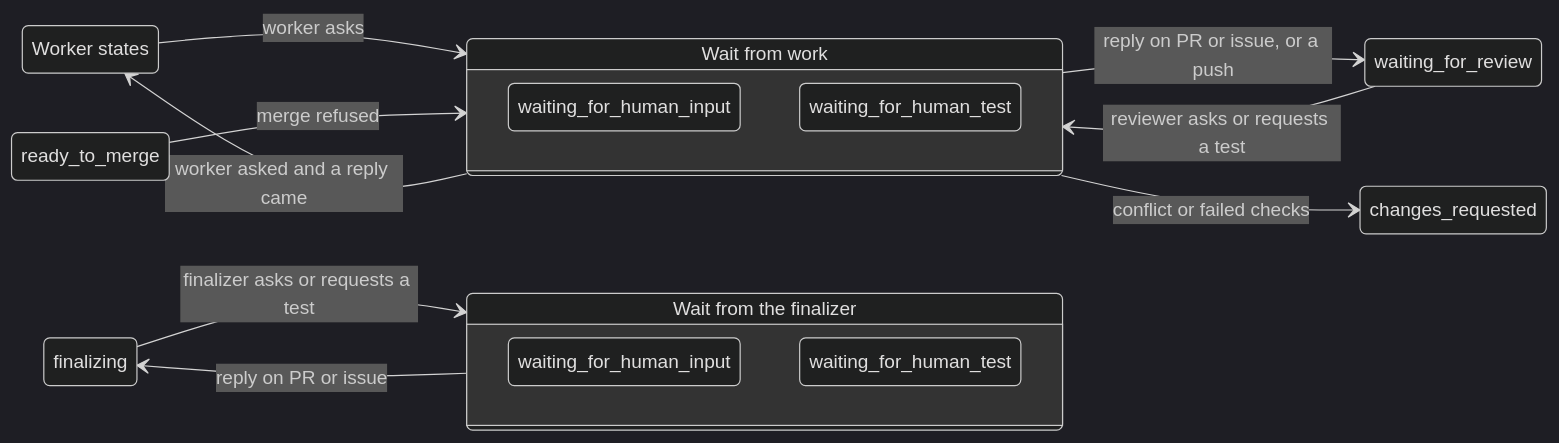
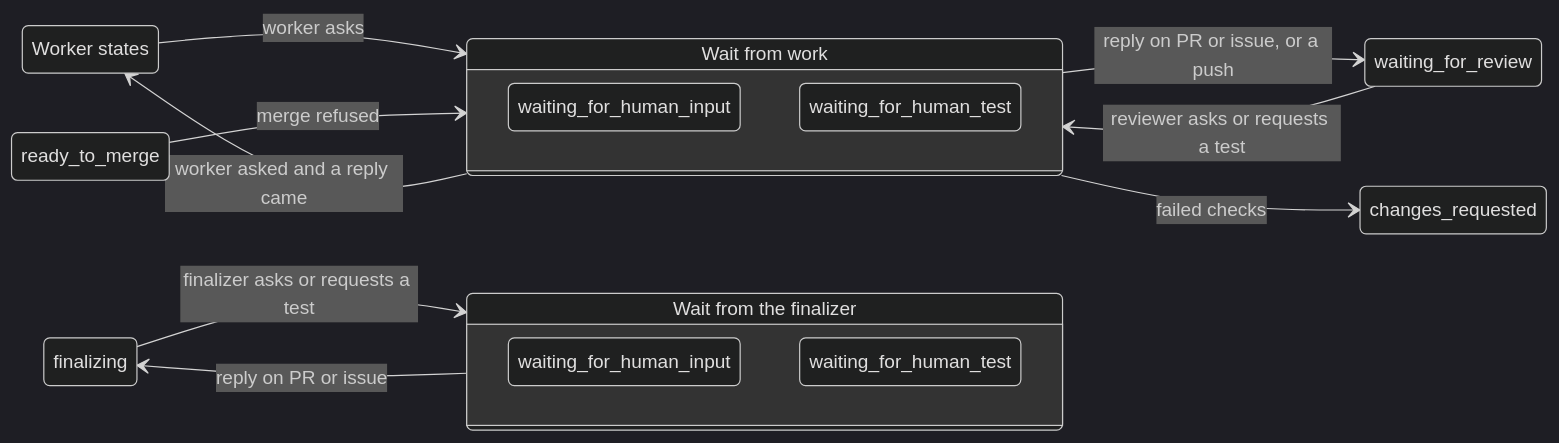
Before and after one commit to koshian/ghwatch: the third of 4 diagrams in ARCHITECTURE.md, drawn with Mermaid (dark theme). The commit also changed other lines of this file and 5 other files, not shown here.

````diff
--- a/ARCHITECTURE.md
+++ b/ARCHITECTURE.md
@@ -128,26 +128,26 @@
 ```mermaid
 stateDiagram-v2
     direction LR
     state "Worker states" as work
     state "waiting_for_review" as review
     state "ready_to_merge" as merge
     state "finalizing" as final
     state "Wait from work" as wait_work {
         direction TB
         waiting_for_human_input
         waiting_for_human_test
     }
     state "Wait from the finalizer" as wait_final {
         direction TB
         input_f: waiting_for_human_input
         test_f: waiting_for_human_test
     }
     work --> wait_work: worker asks
     review --> wait_work: reviewer asks or requests a test
     merge --> wait_work: merge refused
     wait_work --> review: reply on PR or issue, or a push
     wait_work --> work: worker asked and a reply came
-    wait_work --> changes_requested: conflict or failed checks
+    wait_work --> changes_requested: failed checks
     final --> wait_final: finalizer asks or requests a test
     wait_final --> final: reply on PR or issue
 ```
````
